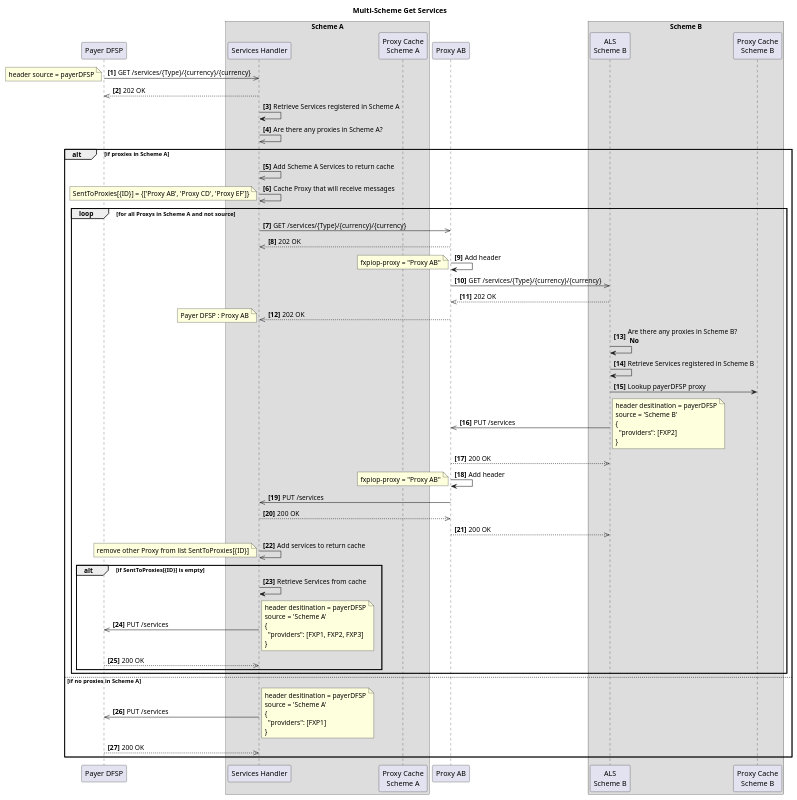
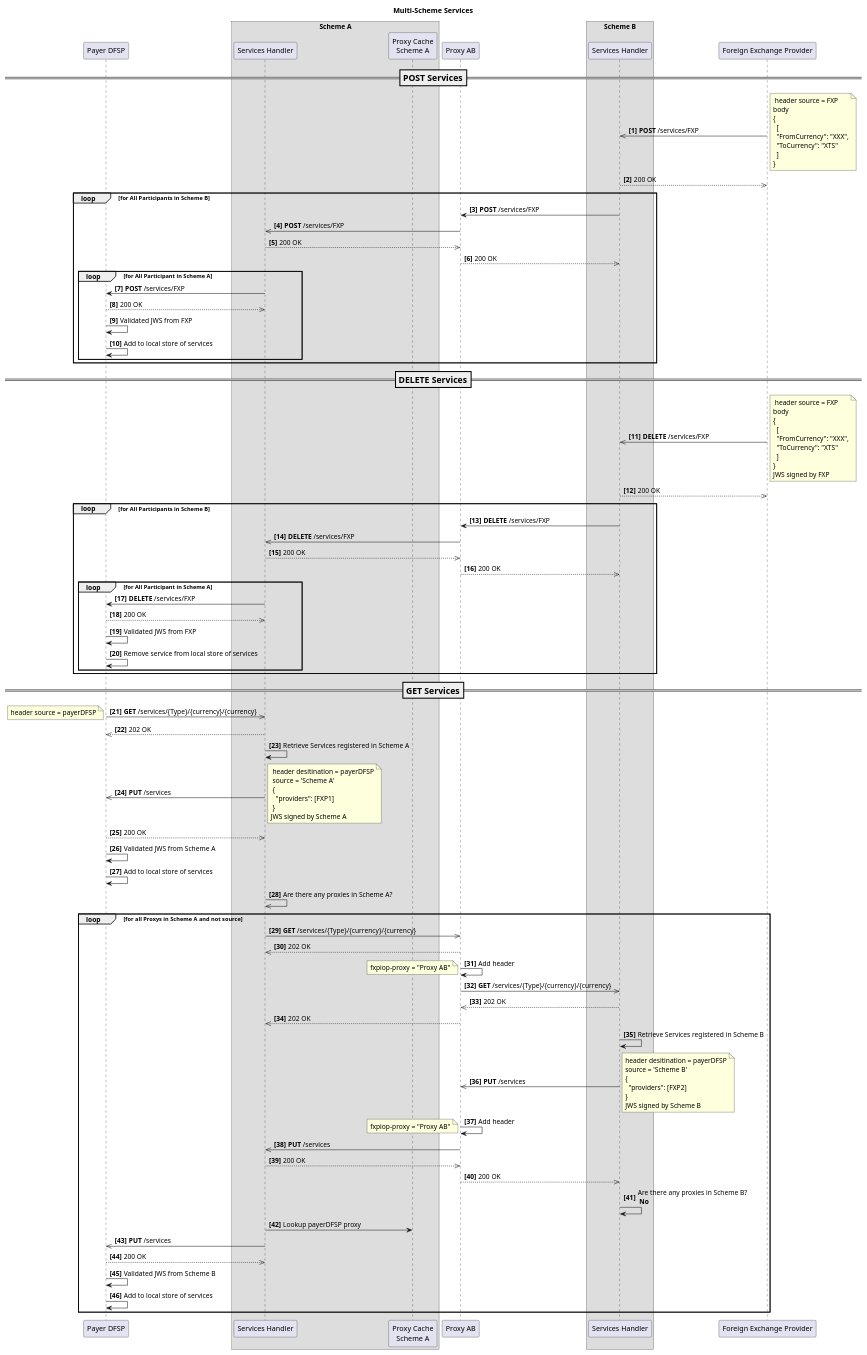
Before and after one commit to mojaloop/ml-inter-scheme-docs: the diagram in Design/Proxy pattern - services.plantuml, drawn with PlantUML. The commit also changed 1 other file, not shown here.

Commit message:
Added services

```diff
--- a/Design/Proxy pattern - services.plantuml
+++ b/Design/Proxy pattern - services.plantuml
@@ -1,100 +1,133 @@
 @startuml
 
-title Multi-Scheme Get Services
+title Multi-Scheme Services
 
 participant "Payer DFSP" as payerDFSP
 box "Scheme A"
     participant "Services Handler" as services_A
     participant "Proxy Cache\nScheme A" as pc_A
 end box
 participant "Proxy AB" as xnp
 box "Scheme B"
-    participant "ALS\nScheme B" as services_B
-    participant "Proxy Cache\nScheme B" as pc_B    
+    participant "Services Handler" as services_B
 end box
-
+participant "Foreign Exchange Provider" as FXP
 autonumber 1 "<b>[0]"
 
-payerDFSP ->> services_A: GET /services/{Type}/{currency}/{currency}
+=== POST Services ==
+FXP ->> services_B: **POST** /services/FXP
+note right
+ header source = FXP
+body
+{
+  [
+  "FromCurrency": "XXX",
+  "ToCurrency": "XTS"
+  ]
+}
+end note
+services_B -->> FXP: 200 OK
+loop for All Participants in Scheme B
+  services_B -> xnp: **POST** /services/FXP
+  xnp ->> services_A: **POST** /services/FXP
+  services_A -->> xnp: 200 OK
+  xnp -->> services_B: 200 OK
+  loop for All Participant in Scheme A
+    services_A -> payerDFSP: **POST** /services/FXP
+    payerDFSP -->> services_A: 200 OK
+    payerDFSP->payerDFSP: Validated JWS from FXP
+    payerDFSP->payerDFSP: Add to local store of services
+  end loop
+end loop
+
+=== DELETE Services ==
+FXP ->> services_B: **DELETE** /services/FXP
+note right
+ header source = FXP
+body
+{
+  [
+  "FromCurrency": "XXX",
+  "ToCurrency": "XTS"
+  ]
+}
+JWS signed by FXP
+end note
+services_B -->> FXP: 200 OK
+loop for All Participants in Scheme B
+  services_B -> xnp: **DELETE** /services/FXP
+  xnp ->> services_A: **DELETE** /services/FXP
+  services_A -->> xnp: 200 OK
+  xnp -->> services_B: 200 OK
+  loop for All Participant in Scheme A
+    services_A -> payerDFSP: **DELETE** /services/FXP
+    payerDFSP -->> services_A: 200 OK
+    payerDFSP->payerDFSP: Validated JWS from FXP
+    payerDFSP->payerDFSP: Remove service from local store of services
+  end loop
+end loop
+
+=== GET Services ==
+payerDFSP ->> services_A: **GET** /services/{Type}/{currency}/{currency}
 note left
  header source = payerDFSP
 end note
-  services_A -->> payerDFSP: 202 OK
+services_A -->> payerDFSP: 202 OK
   services_A -> services_A: Retrieve Services registered in Scheme A
+  services_A ->> payerDFSP: **PUT** /services
+   note right
+    header desitination = payerDFSP
+    source = 'Scheme A'
+    {
+      "providers": [FXP1]
+    }
+   JWS signed by Scheme A
+   end note
+   payerDFSP -->> services_A: 200 OK
+payerDFSP->payerDFSP: Validated JWS from Scheme A
+payerDFSP->payerDFSP: Add to local store of services
+
   services_A ->> services_A: Are there any proxies in Scheme A?
-alt if proxies in Scheme A
-  services_A ->> services_A: Add Scheme A Services to return cache
-  services_A ->> services_A: Cache Proxy that will receive messages
-   note left
-     SentToProxies[{ID}] = {['Proxy AB', 'Proxy CD', 'Proxy EF']}
-   end note
-
   loop for all Proxys in Scheme A and not source    
-    services_A ->> xnp: GET /services/{Type}/{currency}/{currency}      
+    services_A ->> xnp: **GET** /services/{Type}/{currency}/{currency}      
     xnp -->> services_A: 202 OK
 
     xnp->xnp: Add header
     note left
     fxpiop-proxy = "Proxy AB"
     end note
 
-    xnp ->> services_B: GET /services/{Type}/{currency}/{currency}
+    xnp ->> services_B: **GET** /services/{Type}/{currency}/{currency}
     services_B -->> xnp: 202 OK
     xnp -->> services_A: 202 OK
-note left
-Payer DFSP : Proxy AB
-end note        
 
-    services_B->services_B: Are there any proxies in Scheme B?\n **No**
     services_B-> services_B: Retrieve Services registered in Scheme B
-    services_B -> pc_B: Lookup payerDFSP proxy
-    services_B ->> xnp: PUT /services
+    services_B ->> xnp: **PUT** /services
 note right
 header desitination = payerDFSP
 source = 'Scheme B'
 {
   "providers": [FXP2]
 }
+JWS signed by Scheme B
 end note    
-    xnp -->> services_B: 200 OK
     xnp->xnp: Add header
     note left
     fxpiop-proxy = "Proxy AB"
     end note
     
-    xnp ->> services_A: PUT /services
+    xnp ->> services_A: **PUT** /services
     services_A -->> xnp: 200 OK
     xnp -->> services_B: 200 OK
-    services_A ->> services_A: Add services to return cache
-     note left
-       remove other Proxy from list SentToProxies[{ID}]
-     end note
+    services_B->services_B: Are there any proxies in Scheme B?\n **No**
 
-    alt if SentToProxies[{ID}] is empty
-        services_A-> services_A: Retrieve Services from cache
-        services_A ->> payerDFSP: PUT /services
+    services_A -> pc_A: Lookup payerDFSP proxy
+    services_A ->> payerDFSP: **PUT** /services
 
-        note right
-          header desitination = payerDFSP
-          source = 'Scheme A'
-          {
-            "providers": [FXP1, FXP2, FXP3]
-          }
-        end note
-        payerDFSP -->> services_A: 200 OK
-   end
+    payerDFSP -->> services_A: 200 OK
+    payerDFSP->payerDFSP: Validated JWS from Scheme B
+    payerDFSP->payerDFSP: Add to local store of services
   end loop
-else if no proxies in Scheme A
-  services_A ->> payerDFSP: PUT /services
-   note right
-    header desitination = payerDFSP
-    source = 'Scheme A'
-    {
-      "providers": [FXP1]
-    }
-   end note
-   payerDFSP -->> services_A: 200 OK
-end
 
 
 @enduml
```
